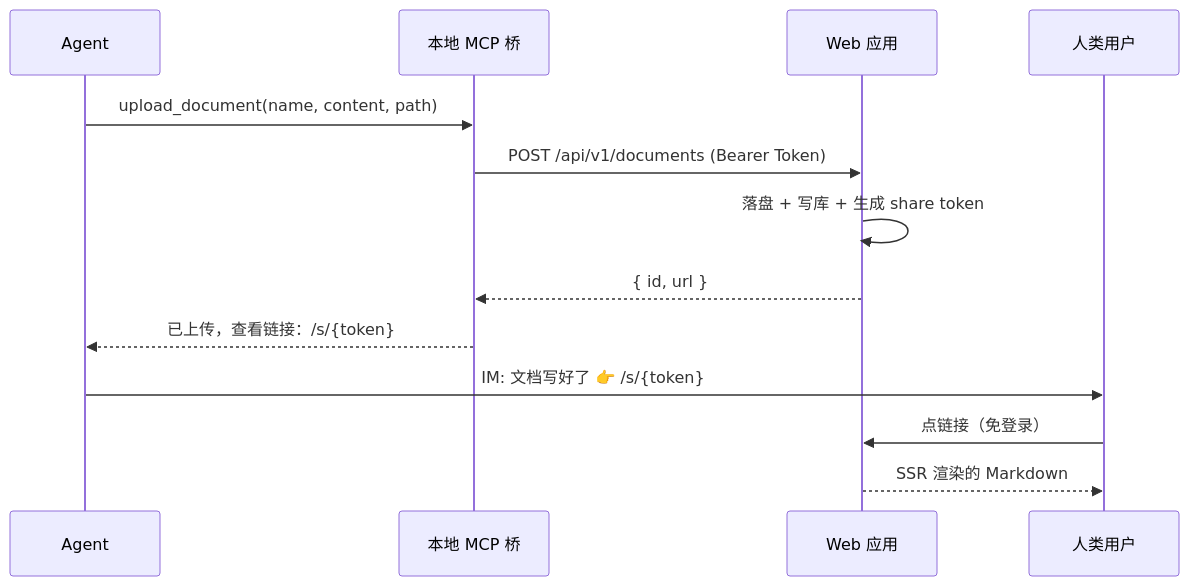
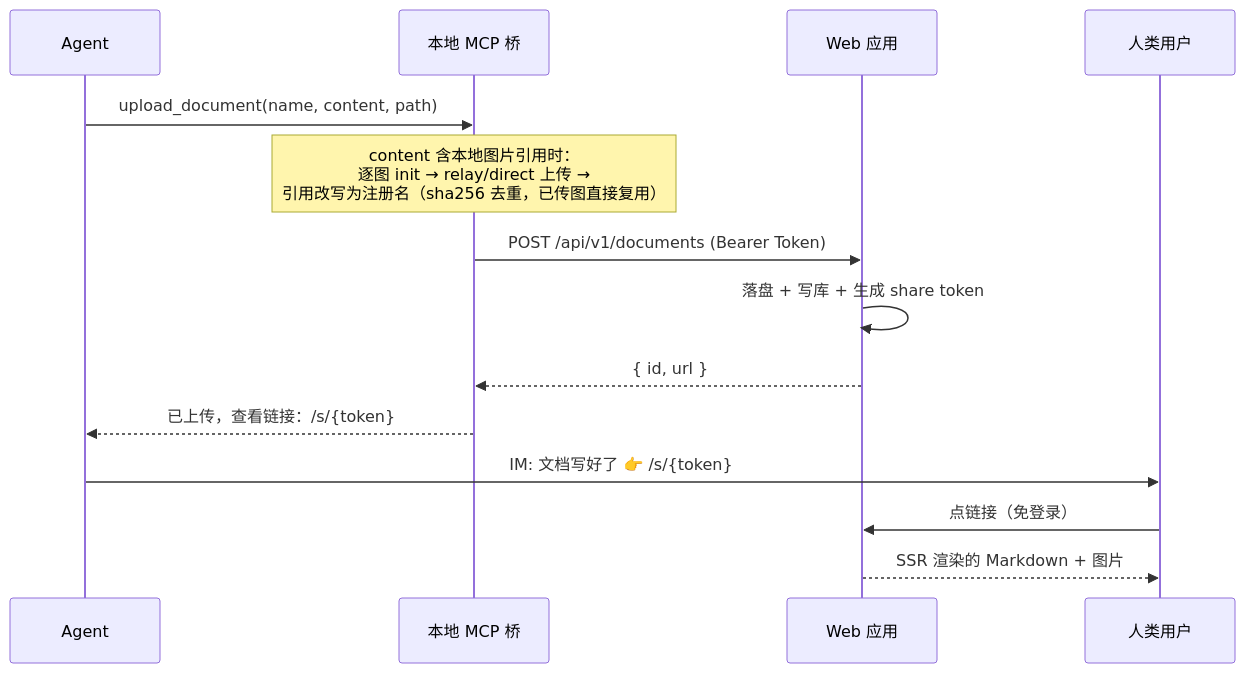
Before and after one commit to earneet/remote-reader: the diagram in README.md, drawn with Mermaid. The commit also changed other lines of this file and 7 other files, not shown here.

Commit message:
docs: 图片支持收官——README/USER_GUIDE/INSTALL/scripts/AGENTS 全量同步

````diff
--- a/README.md
+++ b/README.md
@@ -22,16 +23,17 @@
 ```mermaid
 sequenceDiagram
     participant Agent
     participant Bridge as 本地 MCP 桥
     participant Web as Web 应用
     participant User as 人类用户
 
     Agent->>Bridge: upload_document(name, content, path)
+    Note over Bridge: content 含本地图片引用时：<br/>逐图 init → relay/direct 上传 →<br/>引用改写为注册名（sha256 去重，已传图直接复用）
     Bridge->>Web: POST /api/v1/documents (Bearer Token)
     Web->>Web: 落盘 + 写库 + 生成 share token
     Web-->>Bridge: { id, url }
     Bridge-->>Agent: 已上传，查看链接：/s/{token}
     Agent->>User: IM: 文档写好了 👉 /s/{token}
     User->>Web: 点链接（免登录）
-    Web-->>User: SSR 渲染的 Markdown
+    Web-->>User: SSR 渲染的 Markdown + 图片
 ```
````
